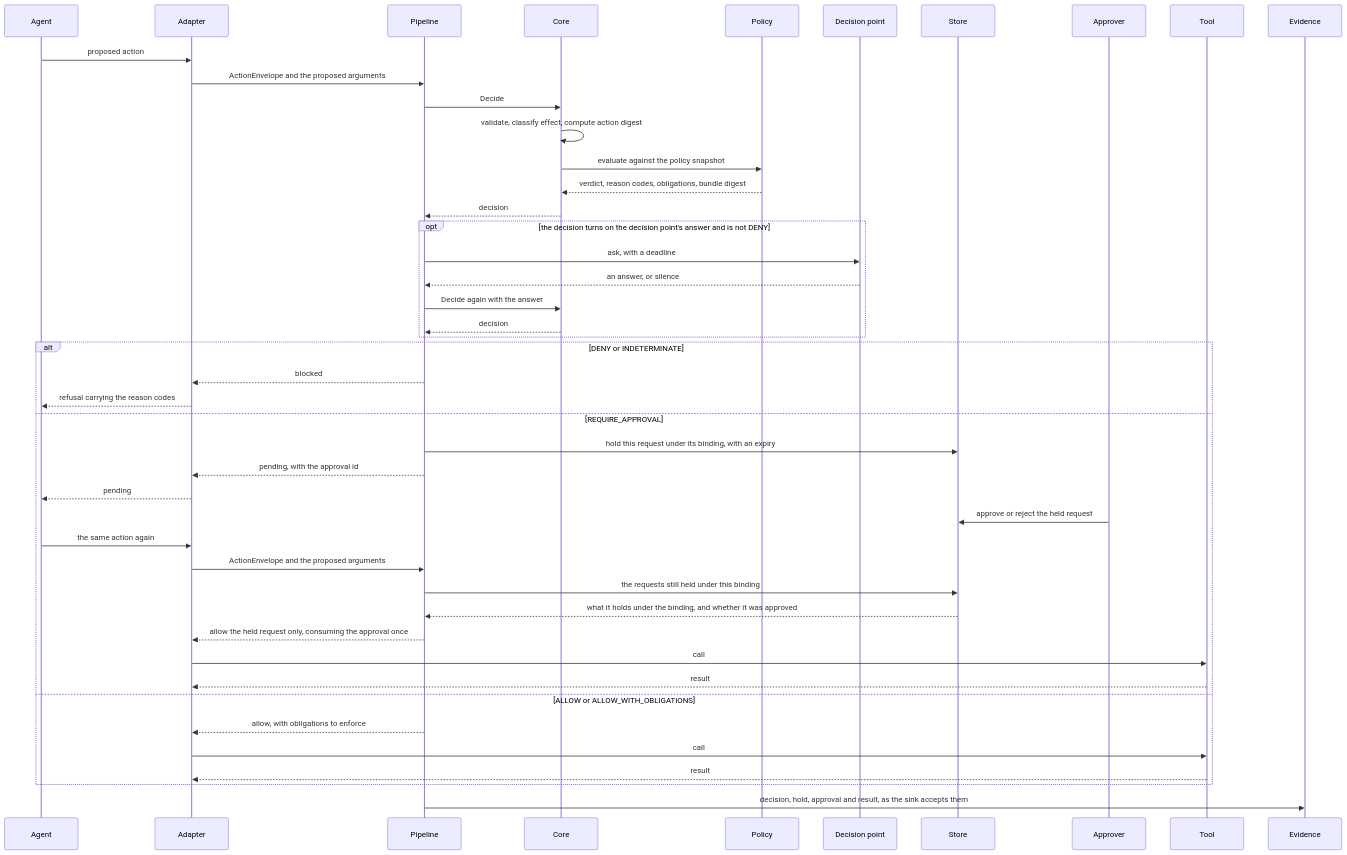
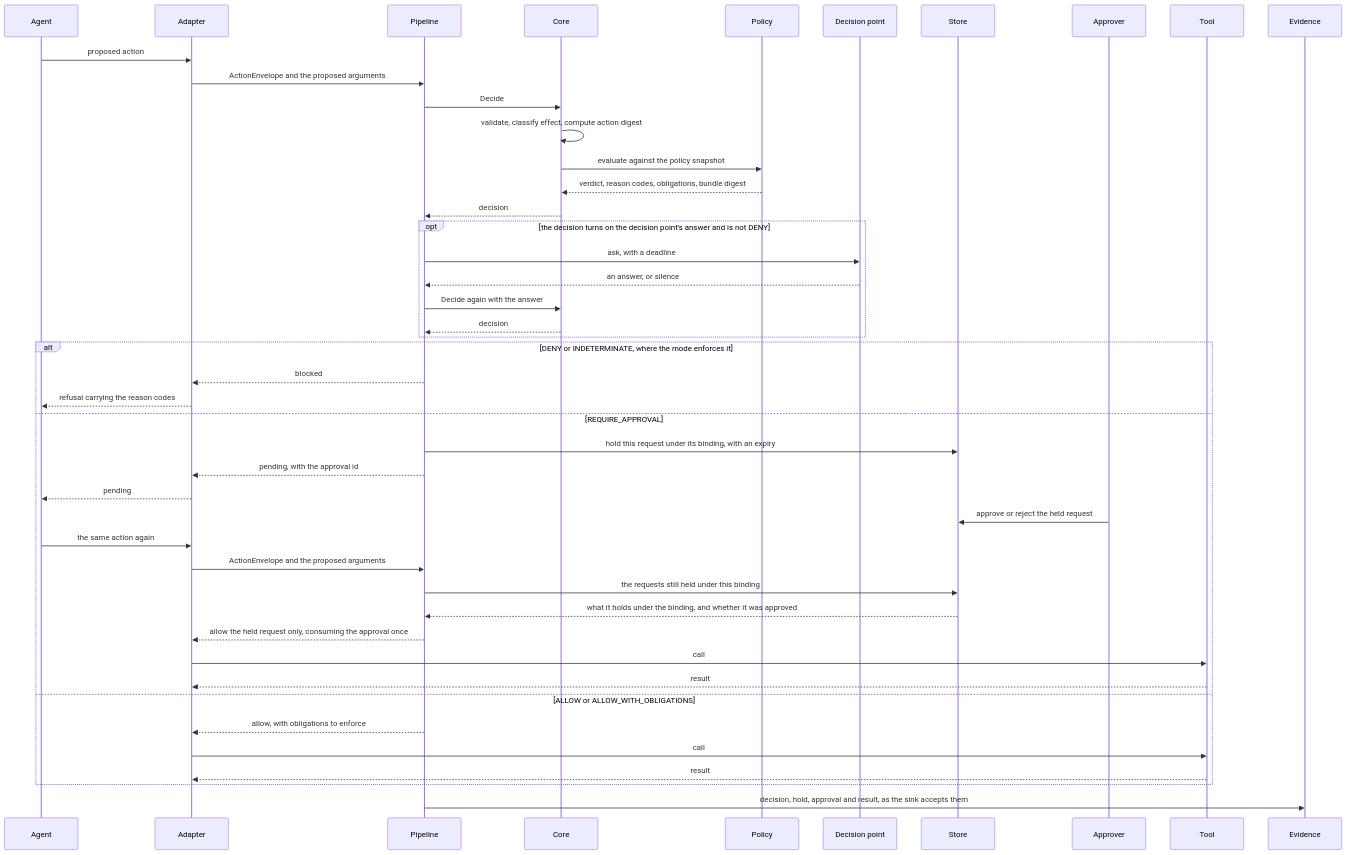
The third of 4 diagrams in docs/concepts/architecture.md (guardana/control), drawn with Mermaid before and after one commit. The commit also changed other lines of this file and 44 other files, not shown here.

````diff
--- a/docs/concepts/architecture.md
+++ b/docs/concepts/architecture.md
@@ -135,49 +135,49 @@
 ```mermaid
 sequenceDiagram
     accTitle: The request path
     accDescr: The adapter hands a proposed action to the pipeline, whose kernel evaluates the policy snapshot and may take a decision point's answer; a denied or undetermined call is refused, a call that needs approval is held until an identical retry consumes it, an allowed call runs, and evidence is recorded as the sink accepts it.
     participant Agent
     participant Adapter
     participant Pipeline
     participant Core
     participant Policy
     participant PDP as Decision point
     participant Store
     participant Approver
     participant Tool
     participant Evidence
     Agent->>Adapter: proposed action
     Adapter->>Pipeline: ActionEnvelope and the proposed arguments
     Pipeline->>Core: Decide
     Core->>Core: validate, classify effect, compute action digest
     Core->>Policy: evaluate against the policy snapshot
     Policy-->>Core: verdict, reason codes, obligations, bundle digest
     Core-->>Pipeline: decision
     opt the decision turns on the decision point's answer and is not DENY
         Pipeline->>PDP: ask, with a deadline
         PDP-->>Pipeline: an answer, or silence
         Pipeline->>Core: Decide again with the answer
         Core-->>Pipeline: decision
     end
-    alt DENY or INDETERMINATE
+    alt DENY or INDETERMINATE, where the mode enforces it
         Pipeline-->>Adapter: blocked
         Adapter-->>Agent: refusal carrying the reason codes
     else REQUIRE_APPROVAL
         Pipeline->>Store: hold this request under its binding, with an expiry
         Pipeline-->>Adapter: pending, with the approval id
         Adapter-->>Agent: pending
         Approver->>Store: approve or reject the held request
         Agent->>Adapter: the same action again
         Adapter->>Pipeline: ActionEnvelope and the proposed arguments
         Pipeline->>Store: the requests still held under this binding
         Store-->>Pipeline: what it holds under the binding, and whether it was approved
         Pipeline-->>Adapter: allow the held request only, consuming the approval once
         Adapter->>Tool: call
         Tool-->>Adapter: result
     else ALLOW or ALLOW_WITH_OBLIGATIONS
         Pipeline-->>Adapter: allow, with obligations to enforce
         Adapter->>Tool: call
         Tool-->>Adapter: result
     end
     Pipeline->>Evidence: decision, hold, approval and result, as the sink accepts them
 ```
````
